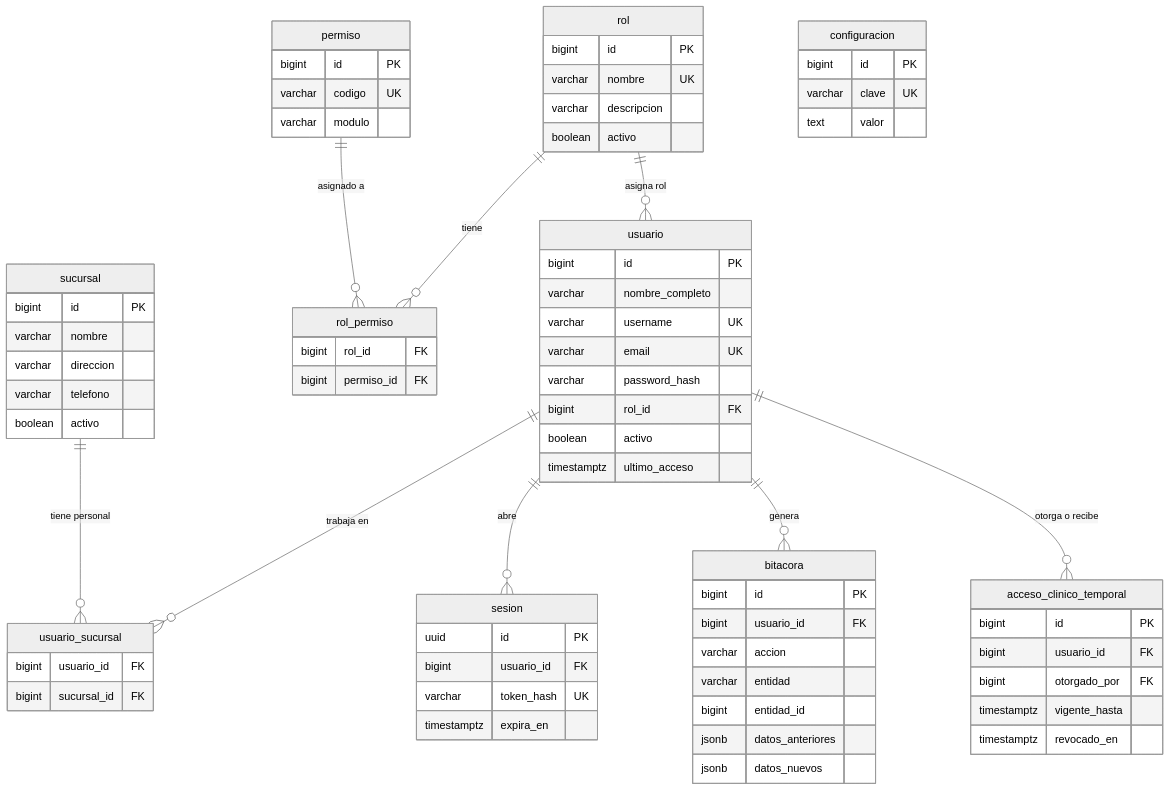
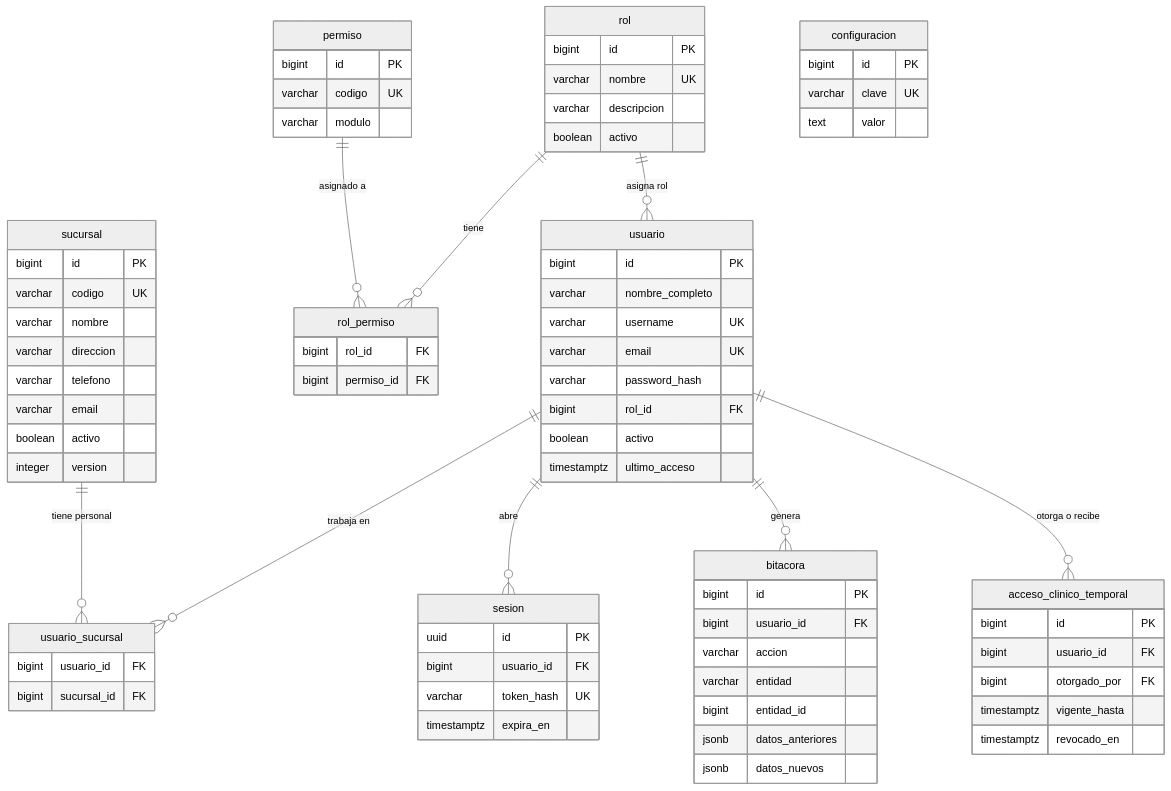
One commit to Grillo26/SistemaTalitaCumi changed the first of 10 diagrams in backend/database/database.md. Above: the diagram before and after it, drawn with Mermaid (neutral theme). The commit also changed other lines of this file and 82 other files, not shown here.

````diff
--- a/backend/database/database.md
+++ b/backend/database/database.md
@@ -45,75 +45,78 @@
 ```mermaid
 erDiagram
     sucursal {
         bigint id PK
+        varchar codigo UK
         varchar nombre
         varchar direccion
         varchar telefono
+        varchar email
         boolean activo
+        integer version
     }
     rol {
         bigint id PK
         varchar nombre UK
         varchar descripcion
         boolean activo
     }
     permiso {
         bigint id PK
         varchar codigo UK
         varchar modulo
     }
     rol_permiso {
         bigint rol_id FK
         bigint permiso_id FK
     }
     usuario {
         bigint id PK
         varchar nombre_completo
         varchar username UK
         varchar email UK
         varchar password_hash
         bigint rol_id FK
         boolean activo
         timestamptz ultimo_acceso
     }
     usuario_sucursal {
         bigint usuario_id FK
         bigint sucursal_id FK
     }
     sesion {
         uuid id PK
         bigint usuario_id FK
         varchar token_hash UK
         timestamptz expira_en
     }
     bitacora {
         bigint id PK
         bigint usuario_id FK
         varchar accion
         varchar entidad
         bigint entidad_id
         jsonb datos_anteriores
         jsonb datos_nuevos
     }
     acceso_clinico_temporal {
         bigint id PK
         bigint usuario_id FK
         bigint otorgado_por FK
         timestamptz vigente_hasta
         timestamptz revocado_en
     }
     configuracion {
         bigint id PK
         varchar clave UK
         text valor
     }
 
     rol ||--o{ rol_permiso : "tiene"
     permiso ||--o{ rol_permiso : "asignado a"
     rol ||--o{ usuario : "asigna rol"
     usuario ||--o{ usuario_sucursal : "trabaja en"
     sucursal ||--o{ usuario_sucursal : "tiene personal"
     usuario ||--o{ sesion : "abre"
     usuario ||--o{ bitacora : "genera"
     usuario ||--o{ acceso_clinico_temporal : "otorga o recibe"
 ```
````
